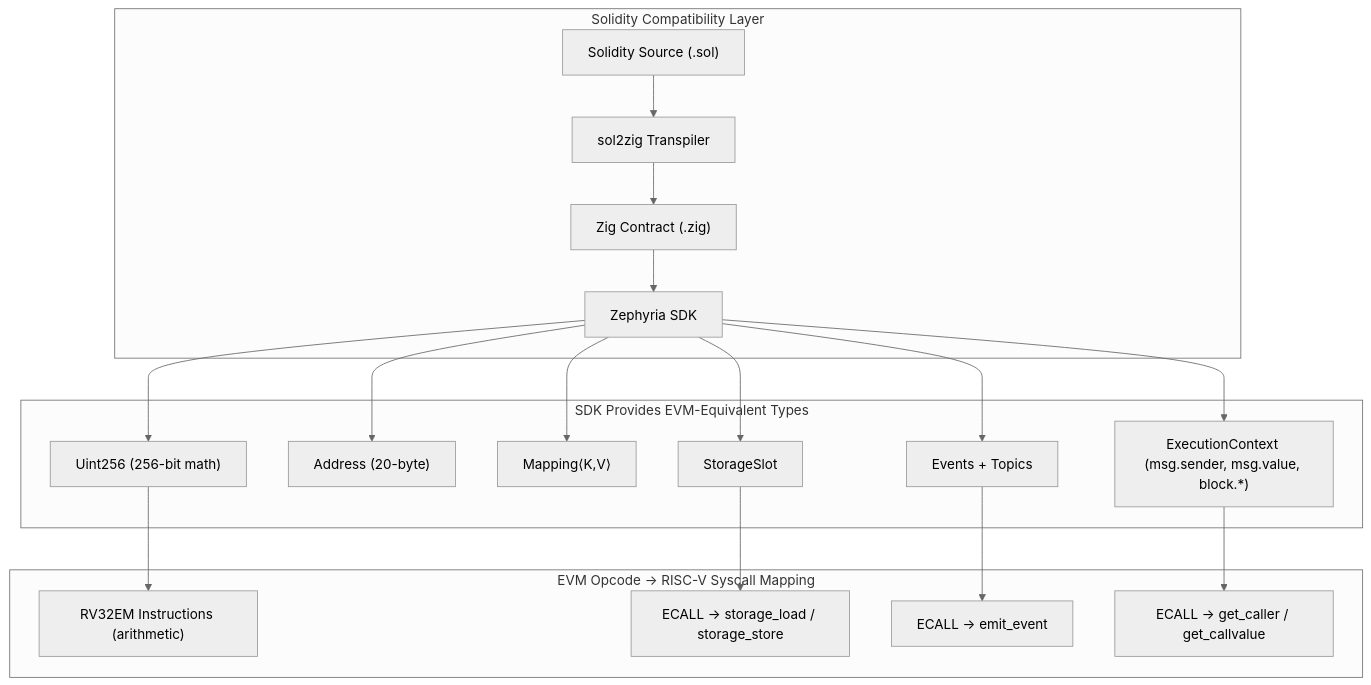
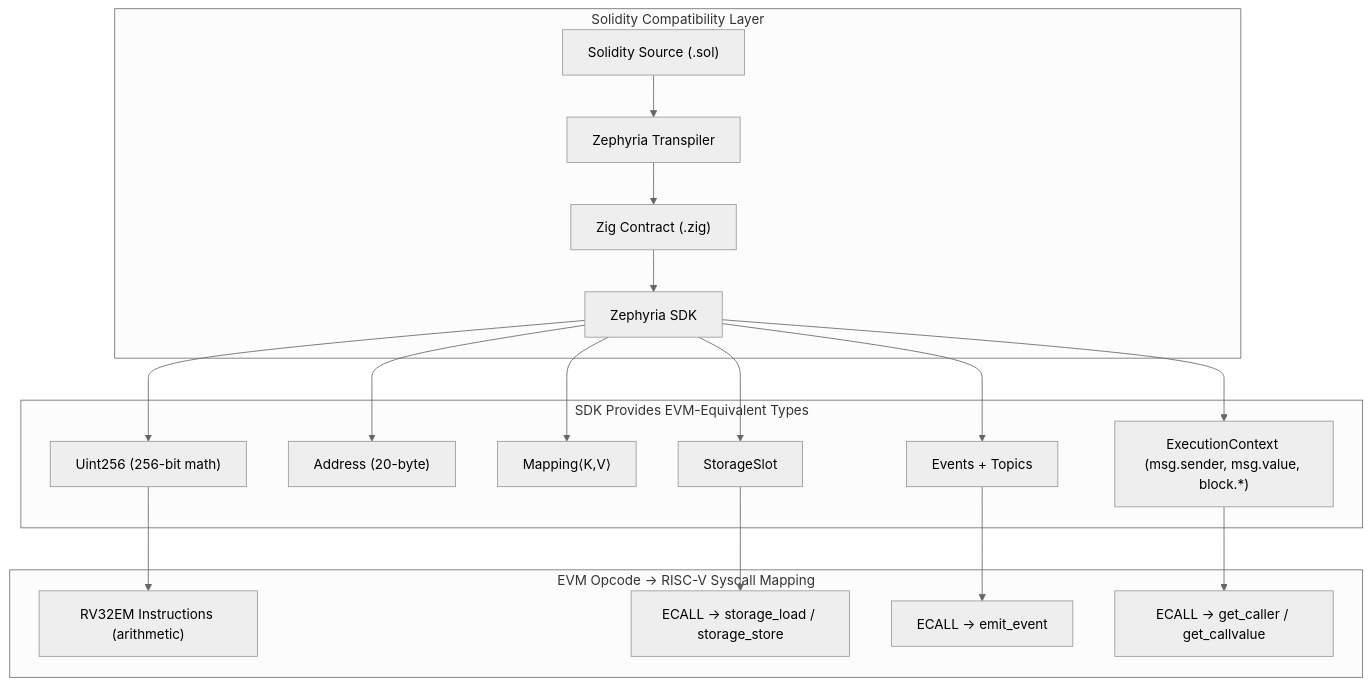
Before and after one commit to 0xZephyria/Zeph-Dev: the second of 4 diagrams in docs/research/zephyria_riscv_execution_engine.md, drawn with Mermaid (neutral theme). The commit also changed other lines of this file and 37 other files, not shown here.

````diff
--- a/docs/research/zephyria_riscv_execution_engine.md
+++ b/docs/research/zephyria_riscv_execution_engine.md
@@ -137,24 +137,24 @@
 ```mermaid
 graph TB
     subgraph "Solidity Compatibility Layer"
-        SOL["Solidity Source (.sol)"] --> T["sol2zig Transpiler"]
+        SOL["Solidity Source (.sol)"] --> T["Zephyria Transpiler"]
         T --> ZIG["Zig Contract (.zig)"]
         ZIG --> SDK["Zephyria SDK"]
     end
 
     subgraph "SDK Provides EVM-Equivalent Types"
         SDK --> U["Uint256 (256-bit math)"]
         SDK --> A["Address (20-byte)"]
         SDK --> M["Mapping⟨K,V⟩"]
         SDK --> E["Events + Topics"]
         SDK --> S["StorageSlot"]
         SDK --> CTX["ExecutionContext (msg.sender, msg.value, block.*)"]
     end
 
     subgraph "EVM Opcode → RISC-V Syscall Mapping"
         U --> RV["RV32EM Instructions (arithmetic)"]
         S --> SYS["ECALL → storage_load / storage_store"]
         E --> SYS2["ECALL → emit_event"]
         CTX --> SYS3["ECALL → get_caller / get_callvalue"]
     end
 ```
````
